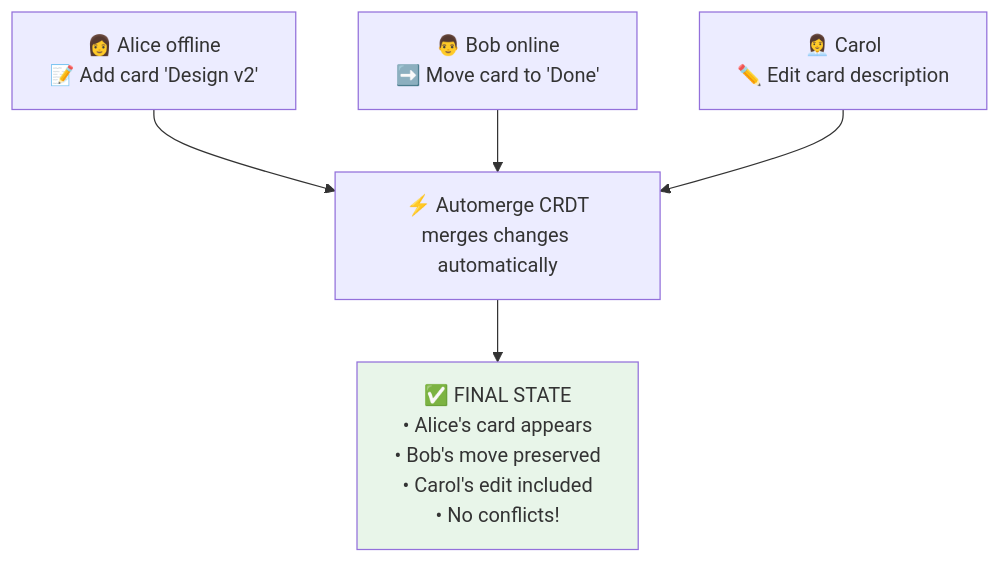
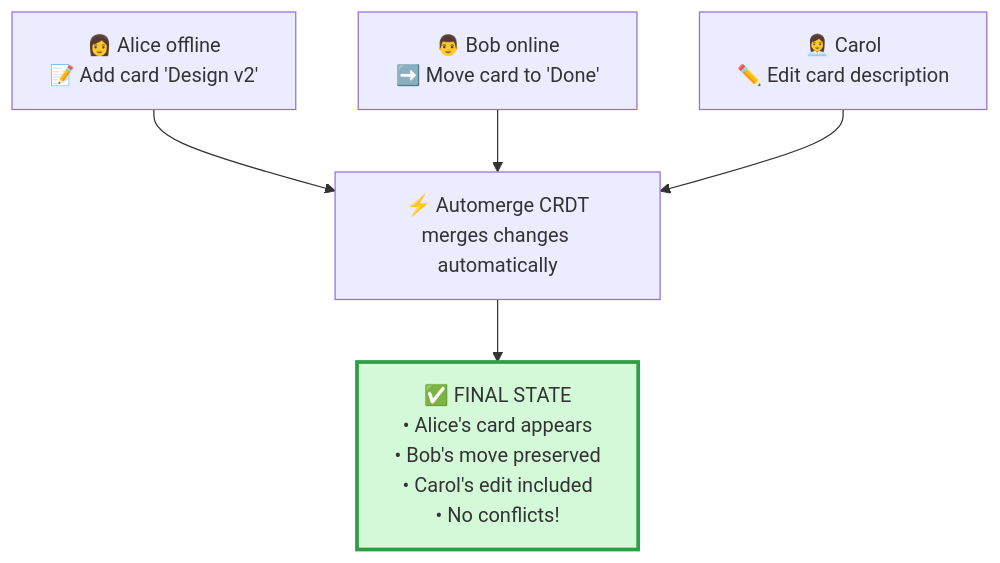
The second of 2 diagrams in README.md (h4x0r/chatham), drawn with Mermaid before and after one commit. The commit also changed 27 other files, not shown here.

First line of the commit message:
fix: improve diagram contrast and fix PNG exports

````diff
--- a/README.md
+++ b/README.md
@@ -138,17 +138,17 @@
 ```mermaid
 flowchart TB
     A[👩 Alice offline<br/>📝 Add card 'Design v2']
     B[👨 Bob online<br/>➡️ Move card to 'Done']
     C[👩‍💼 Carol<br/>✏️ Edit card description]
 
     CRDT[⚡ Automerge CRDT<br/>merges changes automatically]
 
     Final[✅ FINAL STATE<br/>• Alice's card appears<br/>• Bob's move preserved<br/>• Carol's edit included<br/>• No conflicts!]
 
     A --> CRDT
     B --> CRDT
     C --> CRDT
     CRDT --> Final
 
-    style Final fill:#e8f5e9
+    style Final fill:#d3f9d8,stroke:#2f9e44,stroke-width:3px
 ```
````
